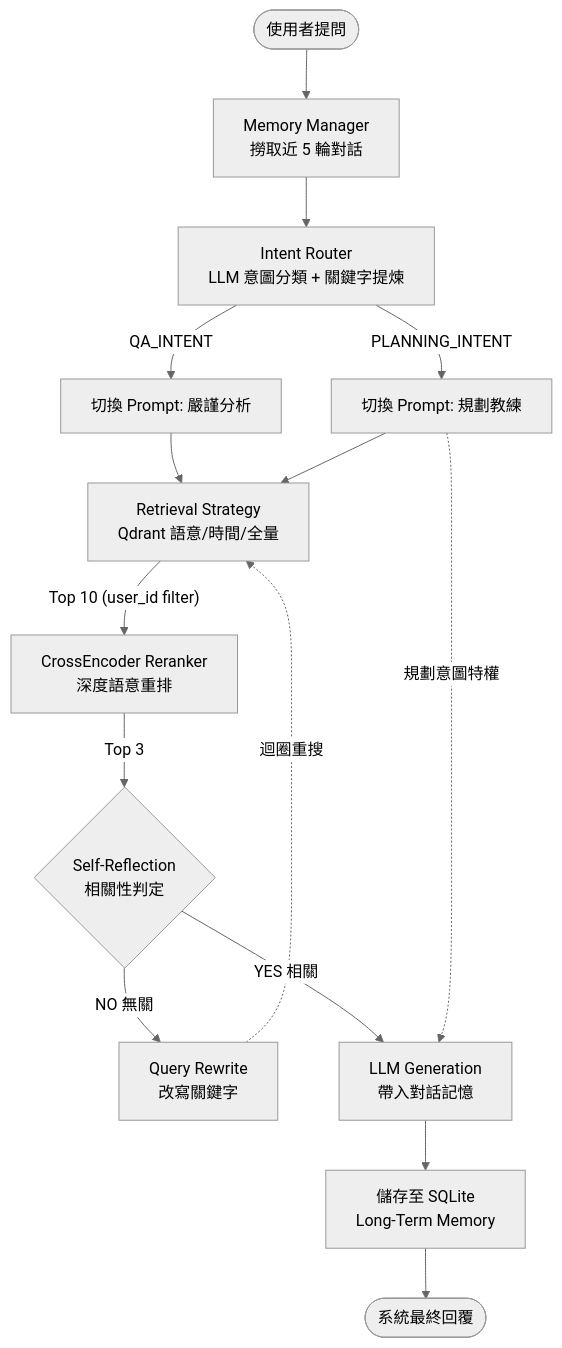
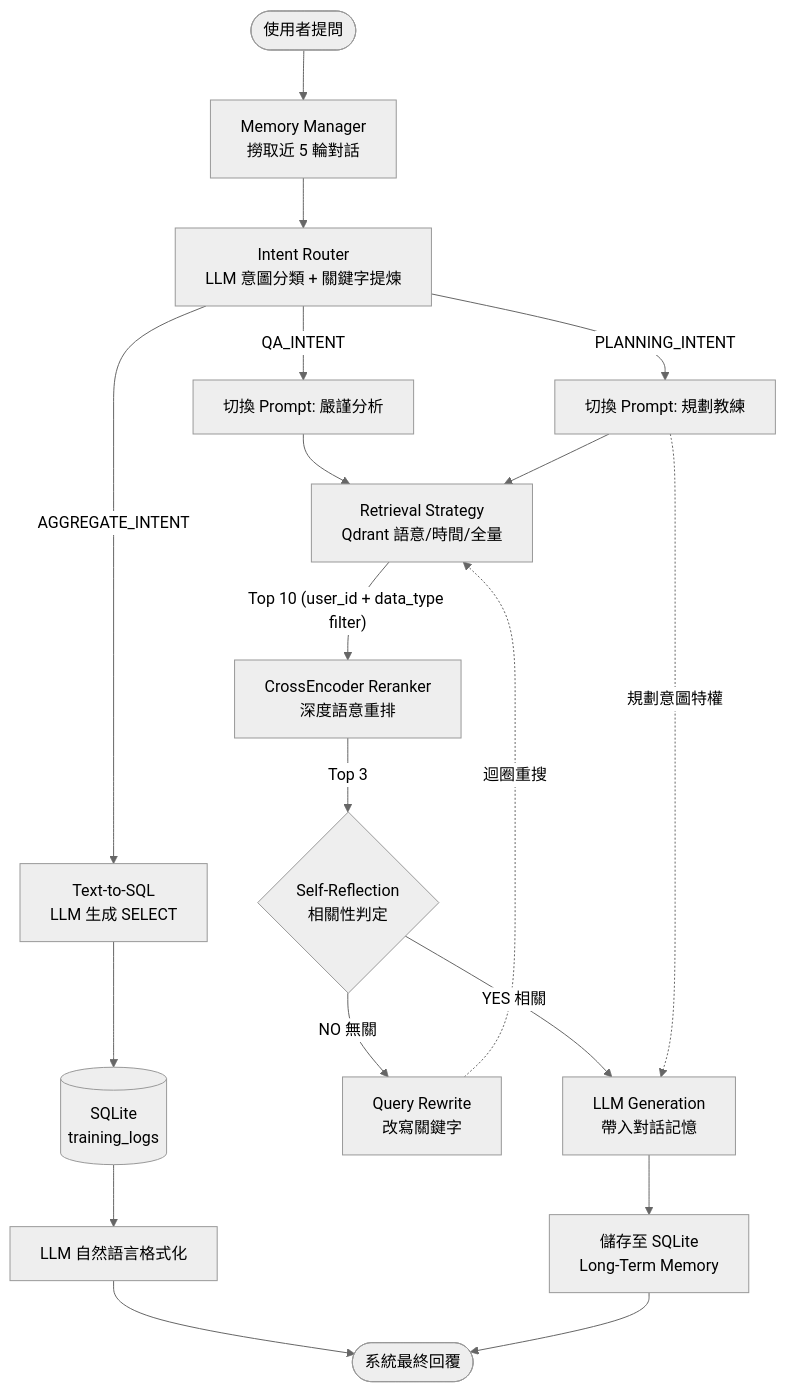
The second of 4 diagrams in README.md (wei9072/rag-fitness-coach), drawn with Mermaid (neutral theme) before and after one commit. The commit also changed other lines of this file and 1 other file, not shown here.

````diff
--- a/README.md
+++ b/README.md
@@ -112,22 +121,27 @@
 ```mermaid
 graph TD
     User([使用者提問]) --> Memory[Memory Manager<br/>撈取近 5 輪對話]
     Memory --> Router[Intent Router<br/>LLM 意圖分類 + 關鍵字提煉]
     
     Router -->|PLANNING_INTENT| PlannerBranch[切換 Prompt: 規劃教練]
     Router -->|QA_INTENT| QABranch[切換 Prompt: 嚴謹分析]
+    Router -->|AGGREGATE_INTENT| AggBranch[Text-to-SQL<br/>LLM 生成 SELECT]
     
+    AggBranch --> SQLite[(SQLite<br/>training_logs)]
+    SQLite --> AggLLM[LLM 自然語言格式化]
+    AggLLM --> Final
+
     QABranch --> Ret[Retrieval Strategy<br/>Qdrant 語意/時間/全量]
     PlannerBranch --> Ret
     
-    Ret -->|"Top 10 (user_id filter)"| Reranker[CrossEncoder Reranker<br/>深度語意重排]
+    Ret -->|"Top 10 (user_id + data_type filter)"| Reranker[CrossEncoder Reranker<br/>深度語意重排]
     Reranker -->|Top 3| Eval{Self-Reflection<br/>相關性判定}
     
     Eval -->|"NO 無關"| Rewrite[Query Rewrite<br/>改寫關鍵字]
     Rewrite -.迴圈重搜.-> Ret
     
     Eval -->|"YES 相關"| Gen[LLM Generation<br/>帶入對話記憶]
     PlannerBranch -.規劃意圖特權.-> Gen
     Gen --> Save[儲存至 SQLite<br/>Long-Term Memory]
     Save --> Final([系統最終回覆])
 ```
````
